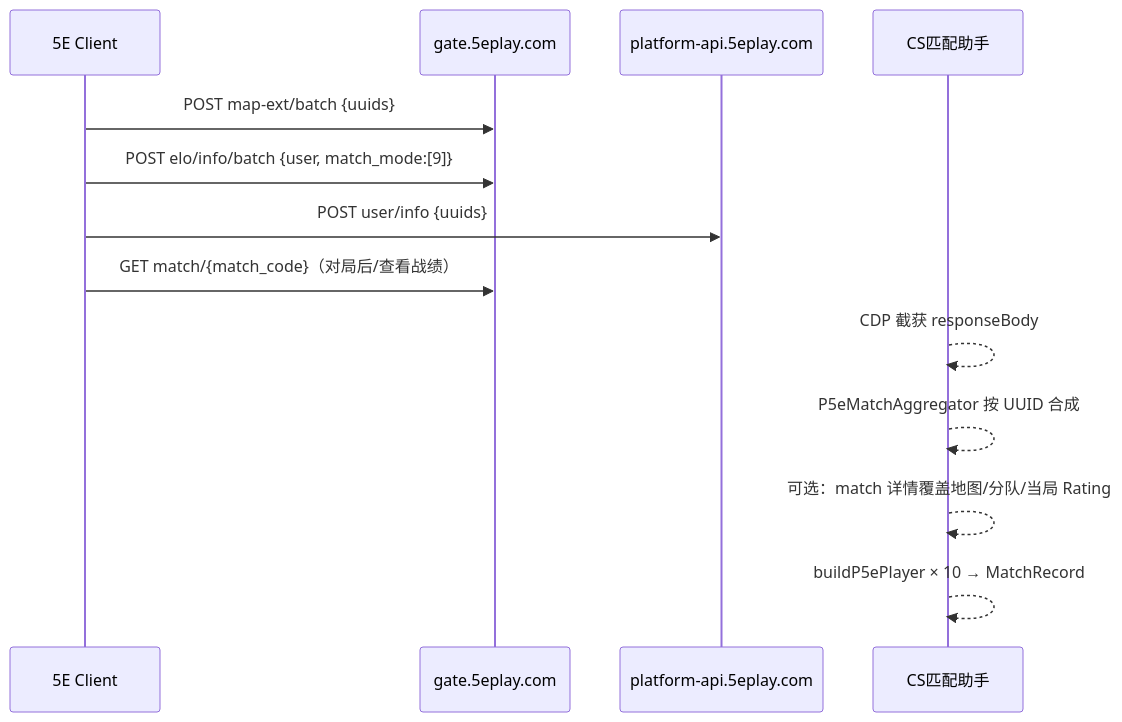
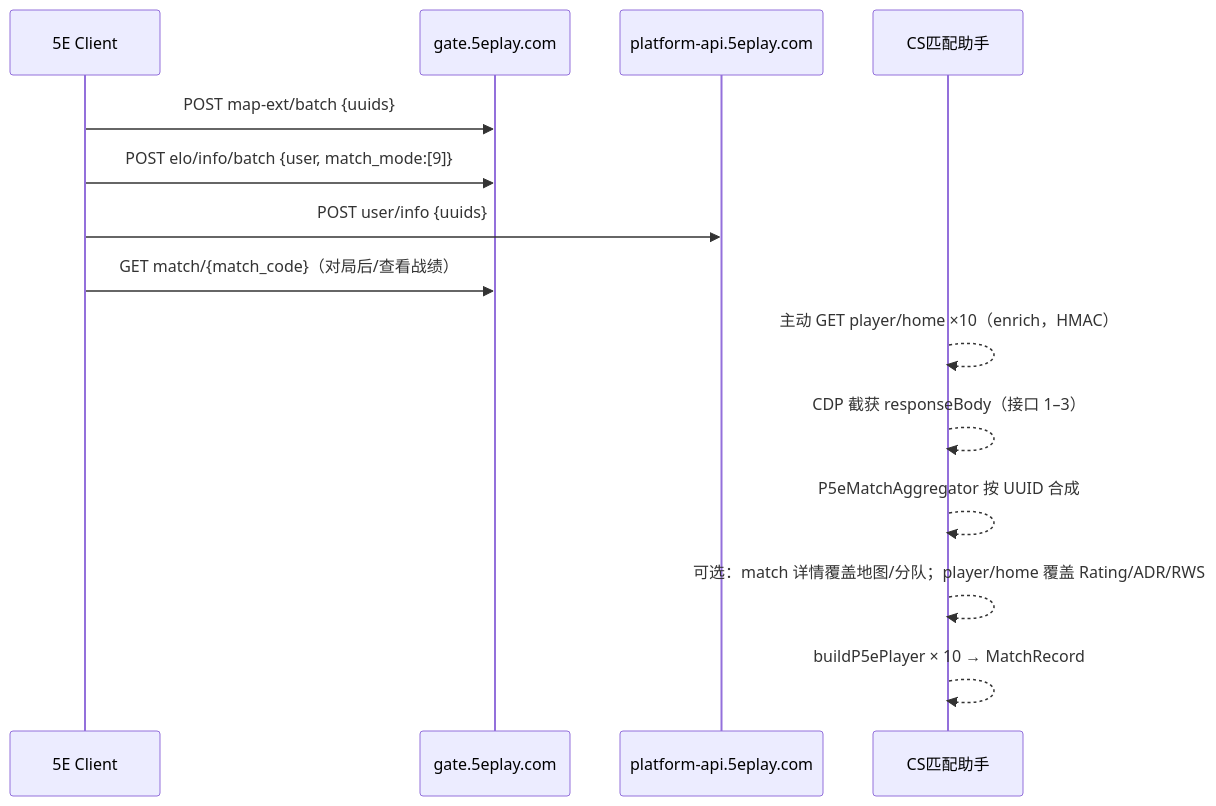
Before and after one commit to qianjiachun/cs-match-helper: the diagram in docs/response_5e.md, drawn with Mermaid. The commit also changed other lines of this file, not shown here.

````diff
--- a/docs/response_5e.md
+++ b/docs/response_5e.md
@@ -745,16 +875,17 @@
 ```mermaid
 sequenceDiagram
   participant Client as 5E Client
   participant Gate as gate.5eplay.com
   participant Platform as platform-api.5eplay.com
   participant App as CS匹配助手
 
   Client->>Gate: POST map-ext/batch {uuids}
   Client->>Gate: POST elo/info/batch {user, match_mode:[9]}
   Client->>Platform: POST user/info {uuids}
   Client->>Gate: GET match/{match_code}（对局后/查看战绩）
-  App-->>App: CDP 截获 responseBody
+  App-->>App: 主动 GET player/home ×10（enrich，HMAC）
+  App-->>App: CDP 截获 responseBody（接口 1–3）
   App-->>App: P5eMatchAggregator 按 UUID 合成
-  App-->>App: 可选：match 详情覆盖地图/分队/当局 Rating
+  App-->>App: 可选：match 详情覆盖地图/分队；player/home 覆盖 Rating/ADR/RWS
   App-->>App: buildP5ePlayer × 10 → MatchRecord
 ```
````
